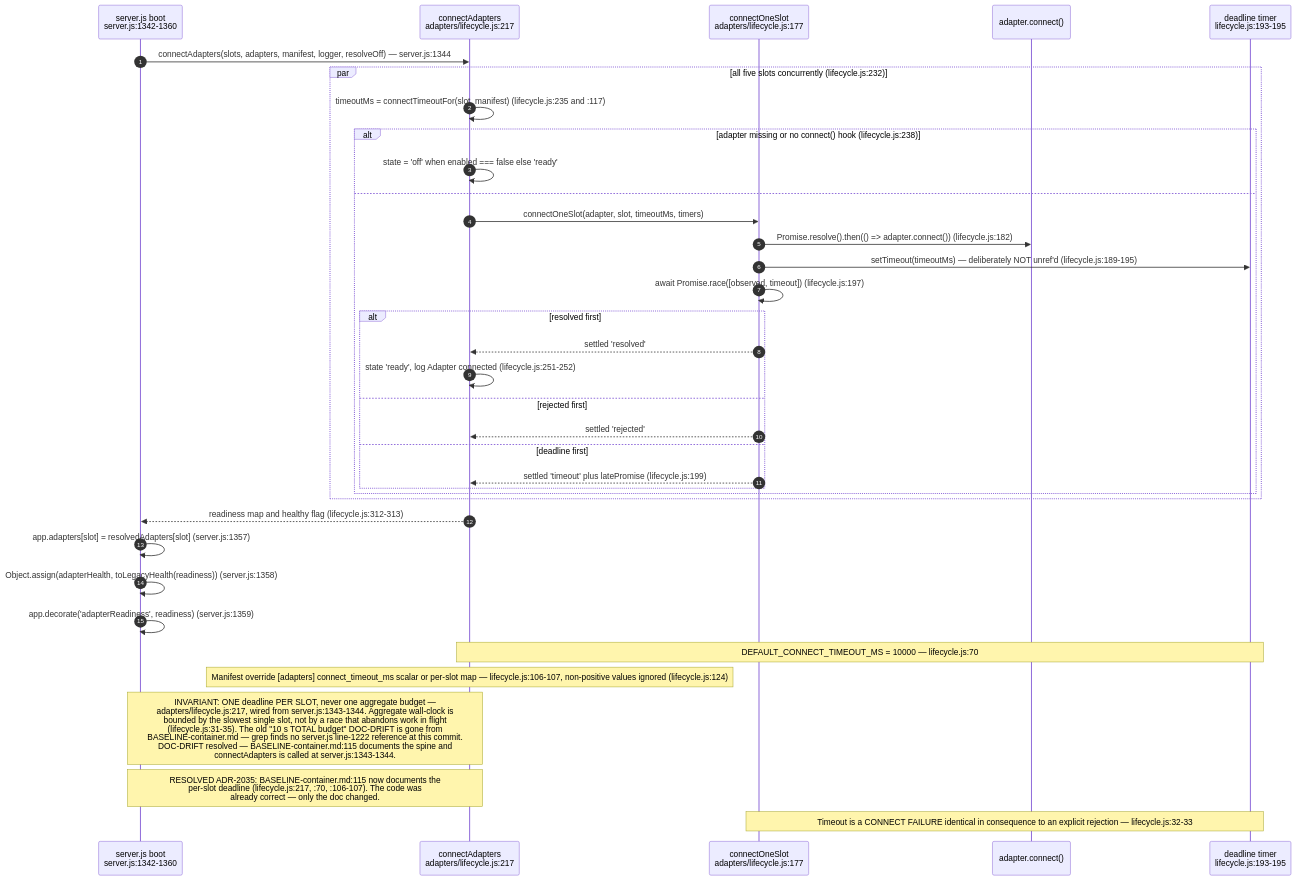
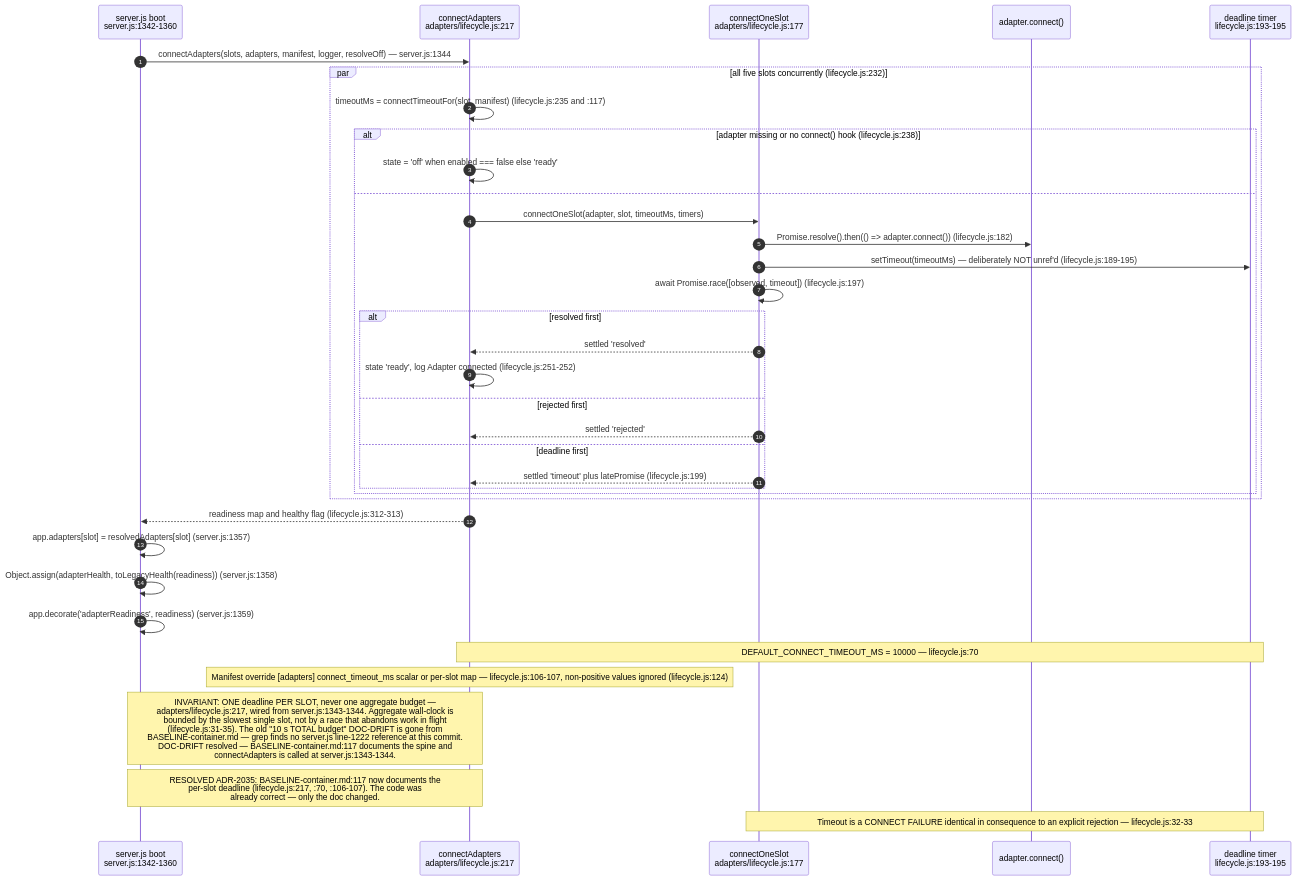
The sixth of 15 diagrams in docs/diagrams/agentbox/04-adapter-spine.md (DreamLab-AI/VisionFlow), drawn with Mermaid before and after one commit. The commit also changed other lines of this file and 145 other files, not shown here.

````diff
--- a/docs/diagrams/agentbox/04-adapter-spine.md
+++ b/docs/diagrams/agentbox/04-adapter-spine.md
@@ -257,39 +257,39 @@
 ```mermaid
 sequenceDiagram
     autonumber
     participant SV as server.js boot<br/>server.js:1342-1360
     participant LC as connectAdapters<br/>adapters/lifecycle.js:217
     participant CO as connectOneSlot<br/>adapters/lifecycle.js:177
     participant AD as adapter.connect()
     participant T as deadline timer<br/>lifecycle.js:193-195
 
     SV->>LC: connectAdapters(slots, adapters, manifest, logger, resolveOff) — server.js:1344
     par all five slots concurrently (lifecycle.js:232)
         LC->>LC: timeoutMs = connectTimeoutFor(slot, manifest) (lifecycle.js:235 and :117)
         alt adapter missing or no connect() hook (lifecycle.js:238)
             LC->>LC: state = 'off' when enabled === false else 'ready'
         else
             LC->>CO: connectOneSlot(adapter, slot, timeoutMs, timers)
             CO->>AD: Promise.resolve().then(() => adapter.connect()) (lifecycle.js:182)
             CO->>T: setTimeout(timeoutMs) — deliberately NOT unref'd (lifecycle.js:189-195)
             CO->>CO: await Promise.race([observed, timeout]) (lifecycle.js:197)
             alt resolved first
                 CO-->>LC: settled 'resolved'
                 LC->>LC: state 'ready', log Adapter connected (lifecycle.js:251-252)
             else rejected first
                 CO-->>LC: settled 'rejected'
             else deadline first
                 CO-->>LC: settled 'timeout' plus latePromise (lifecycle.js:199)
             end
         end
     end
     LC-->>SV: readiness map and healthy flag (lifecycle.js:312-313)
     SV->>SV: app.adapters[slot] = resolvedAdapters[slot] (server.js:1357)
     SV->>SV: Object.assign(adapterHealth, toLegacyHealth(readiness)) (server.js:1358)
     SV->>SV: app.decorate('adapterReadiness', readiness) (server.js:1359)
     Note over LC,T: DEFAULT_CONNECT_TIMEOUT_MS = 10000 — lifecycle.js:70
     Note over LC: Manifest override [adapters] connect_timeout_ms scalar or per-slot map — lifecycle.js:106-107, non-positive values ignored (lifecycle.js:124)
-    Note over SV,LC: INVARIANT: ONE deadline PER SLOT, never one aggregate budget —<br/>adapters/lifecycle.js:217, wired from server.js:1343-1344. Aggregate wall-clock is<br/>bounded by the slowest single slot, not by a race that abandons work in flight<br/>(lifecycle.js:31-35). The old "10 s TOTAL budget" DOC-DRIFT is gone from<br/>BASELINE-container.md — grep finds no server.js line-1222 reference at this commit.<br/>DOC-DRIFT resolved — BASELINE-container.md:115 documents the spine and<br/>connectAdapters is called at server.js:1343-1344.
-    Note over SV,LC: RESOLVED ADR-2035: BASELINE-container.md:115 now documents the<br/>per-slot deadline (lifecycle.js:217, :70, :106-107). The code was<br/>already correct — only the doc changed.
+    Note over SV,LC: INVARIANT: ONE deadline PER SLOT, never one aggregate budget —<br/>adapters/lifecycle.js:217, wired from server.js:1343-1344. Aggregate wall-clock is<br/>bounded by the slowest single slot, not by a race that abandons work in flight<br/>(lifecycle.js:31-35). The old "10 s TOTAL budget" DOC-DRIFT is gone from<br/>BASELINE-container.md — grep finds no server.js line-1222 reference at this commit.<br/>DOC-DRIFT resolved — BASELINE-container.md:117 documents the spine and<br/>connectAdapters is called at server.js:1343-1344.
+    Note over SV,LC: RESOLVED ADR-2035: BASELINE-container.md:117 now documents the<br/>per-slot deadline (lifecycle.js:217, :70, :106-107). The code was<br/>already correct — only the doc changed.
     Note over CO,T: Timeout is a CONNECT FAILURE identical in consequence to an explicit rejection — lifecycle.js:32-33
 ```
````
